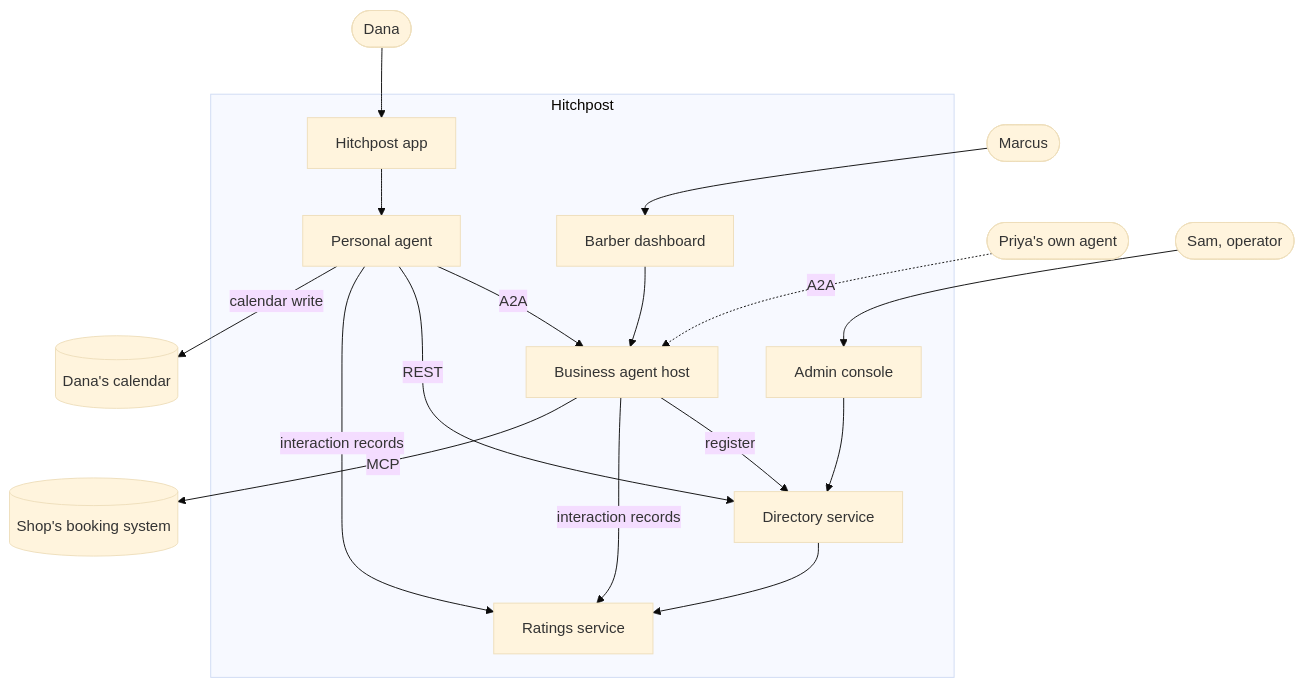
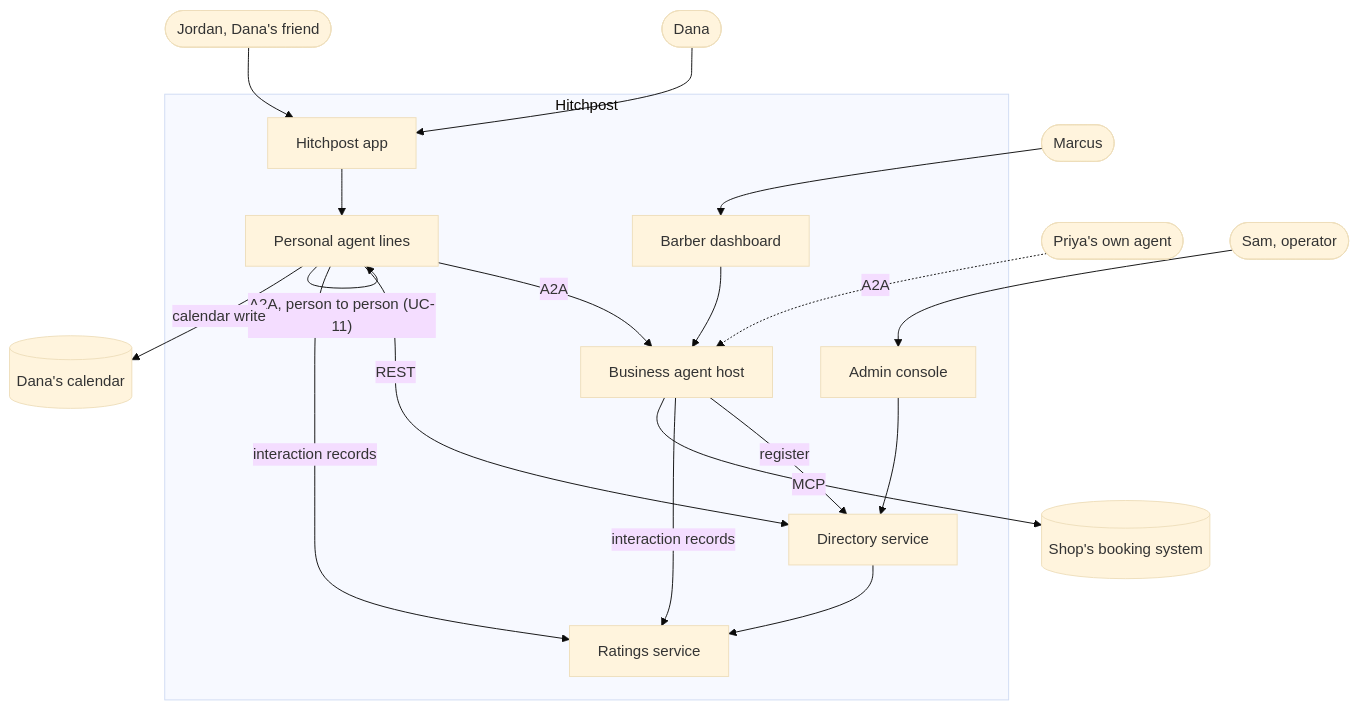
One commit to Jannisar01/hitchpost changed the second of 8 diagrams in docs/sad/10-architecture.md. Above: the diagram before and after it, drawn with Mermaid (base theme). The commit also changed other lines of this file and 23 other files, not shown here.

````diff
--- a/docs/sad/10-architecture.md
+++ b/docs/sad/10-architecture.md
@@ -81,22 +81,24 @@
 ```mermaid
 flowchart TB
   dana([Dana]) --> app[Hitchpost app]
+  lee([Jordan, Dana's friend]) --> app
   marcus([Marcus]) --> dash[Barber dashboard]
   priya([Priya's own agent]) -. A2A .-> bizAgent
   sam([Sam, operator]) --> admin[Admin console]
 
   subgraph Hitchpost
-    app --> personal[Personal agent]
+    app --> personal[Personal agent lines]
     dash --> bizAgent[Business agent host]
     personal -- A2A --> bizAgent
+    personal -- "A2A, person to person (UC-11)" --> personal
     personal -- REST --> dir[Directory service]
     bizAgent -- register --> dir
     admin --> dir
     personal -- interaction records --> rate[Ratings service]
     bizAgent -- interaction records --> rate
     dir --> rate
   end
 
   bizAgent -- MCP --> booking[(Shop's booking system)]
   personal -- calendar write --> cal[(Dana's calendar)]
 ```
````
